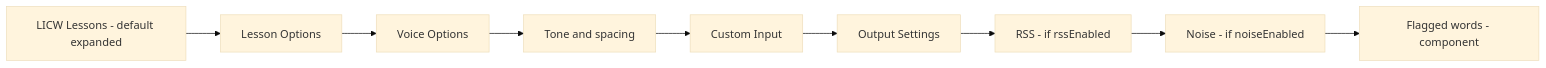
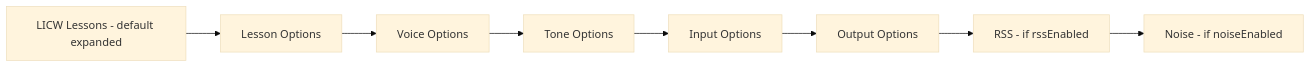
The fifth of 14 diagrams in docs/DEVELOPER_GUIDE.md (LongIslandCW/morsebrowser), drawn with Mermaid (base theme) before and after one commit. The commit also changed other lines of this file and 6 other files, not shown here.

````diff
--- a/docs/DEVELOPER_GUIDE.md
+++ b/docs/DEVELOPER_GUIDE.md
@@ -183,13 +183,12 @@
 ```mermaid
 flowchart LR
   L1[LICW Lessons - default expanded]
   L2[Lesson Options]
   L3[Voice Options]
-  L4[Tone and spacing]
-  L5[Custom Input]
-  L6[Output Settings]
+  L4[Tone Options]
+  L5[Input Options]
+  L6[Output Options]
   L7[RSS - if rssEnabled]
   L8[Noise - if noiseEnabled]
-  L9[Flagged words - component]
-  L1 --> L2 --> L3 --> L4 --> L5 --> L6 --> L7 --> L8 --> L9
+  L1 --> L2 --> L3 --> L4 --> L5 --> L6 --> L7 --> L8
 ```
````
